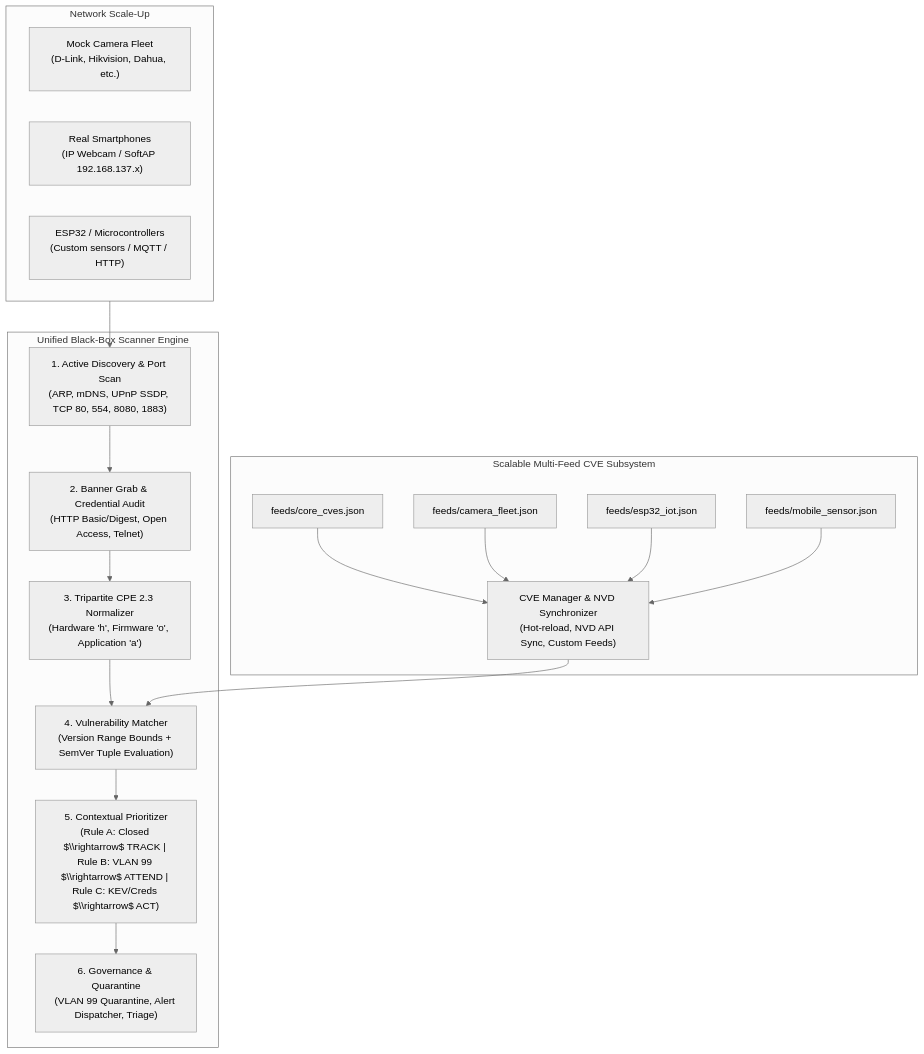
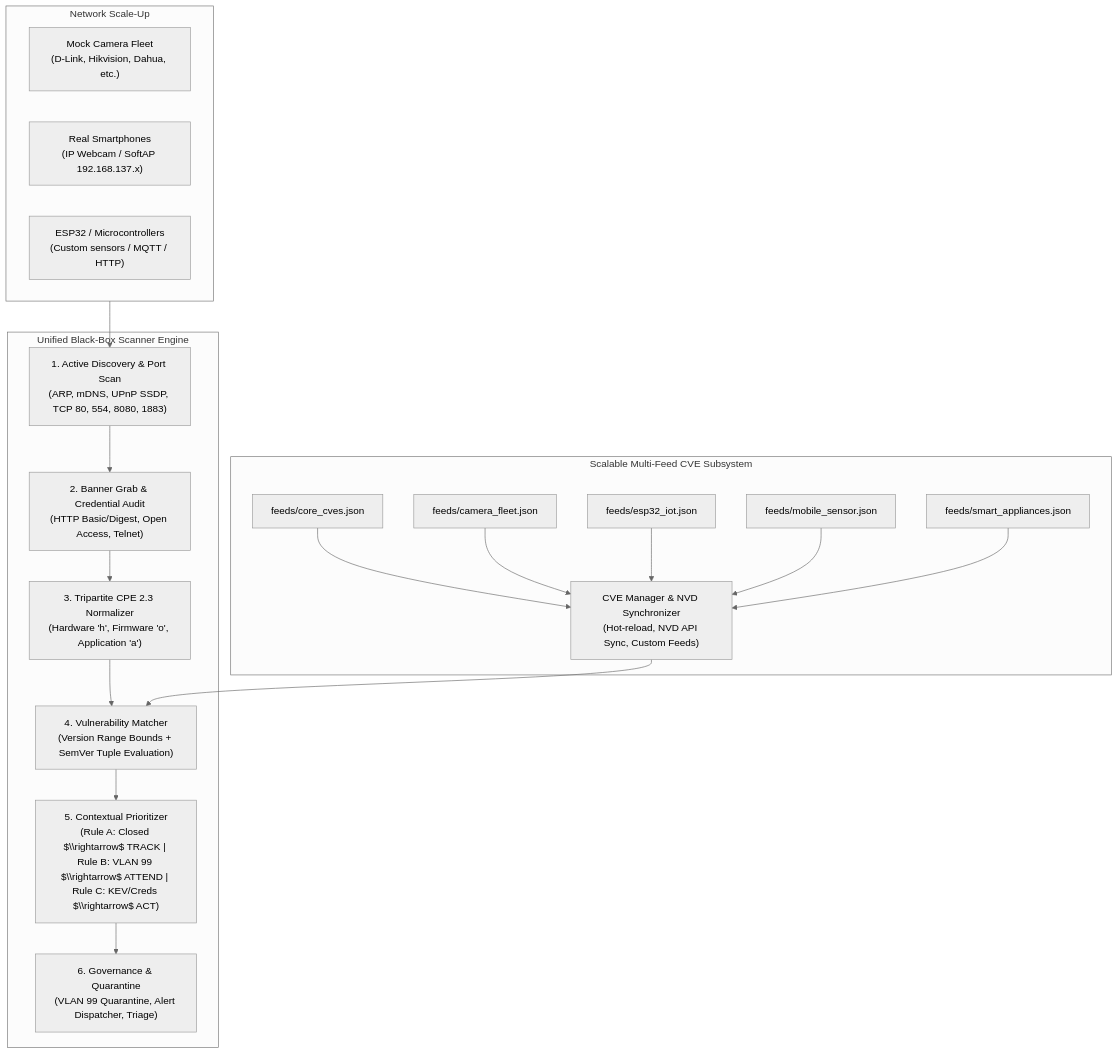
Before and after one commit to limasite48/iot-system_it6027: the diagram in README.md, drawn with Mermaid (neutral theme). The commit also changed other lines of this file and 29 other files, not shown here.

````diff
--- a/README.md
+++ b/README.md
@@ -171,29 +181,30 @@
 ```mermaid
 flowchart TD
     subgraph ScaleUp ["Network Scale-Up"]
         D1["Mock Camera Fleet\n(D-Link, Hikvision, Dahua, etc.)"]
         D2["Real Smartphones\n(IP Webcam / SoftAP 192.168.137.x)"]
         D3["ESP32 / Microcontrollers\n(Custom sensors / MQTT / HTTP)"]
     end
 
     subgraph BlackBoxScanner ["Unified Black-Box Scanner Engine"]
         S1["1. Active Discovery & Port Scan\n(ARP, mDNS, UPnP SSDP, TCP 80, 554, 8080, 1883)"]
         S2["2. Banner Grab & Credential Audit\n(HTTP Basic/Digest, Open Access, Telnet)"]
         S3["3. Tripartite CPE 2.3 Normalizer\n(Hardware 'h', Firmware 'o', Application 'a')"]
         S4["4. Vulnerability Matcher\n(Version Range Bounds + SemVer Tuple Evaluation)"]
         S5["5. Contextual Prioritizer\n(Rule A: Closed $\\rightarrow$ TRACK | Rule B: VLAN 99 $\\rightarrow$ ATTEND | Rule C: KEV/Creds $\\rightarrow$ ACT)"]
         S6["6. Governance & Quarantine\n(VLAN 99 Quarantine, Alert Dispatcher, Triage)"]
     end
 
     subgraph CVESystem ["Scalable Multi-Feed CVE Subsystem"]
         F1["feeds/core_cves.json"]
         F2["feeds/camera_fleet.json"]
         F3["feeds/esp32_iot.json"]
         F4["feeds/mobile_sensor.json"]
+        F5["feeds/smart_appliances.json"]
         Sync["CVE Manager & NVD Synchronizer\n(Hot-reload, NVD API Sync, Custom Feeds)"]
     end
 
     ScaleUp --> S1 --> S2 --> S3 --> S4 --> S5 --> S6
-    F1 & F2 & F3 & F4 --> Sync
+    F1 & F2 & F3 & F4 & F5 --> Sync
     Sync --> S4
 ```
````
